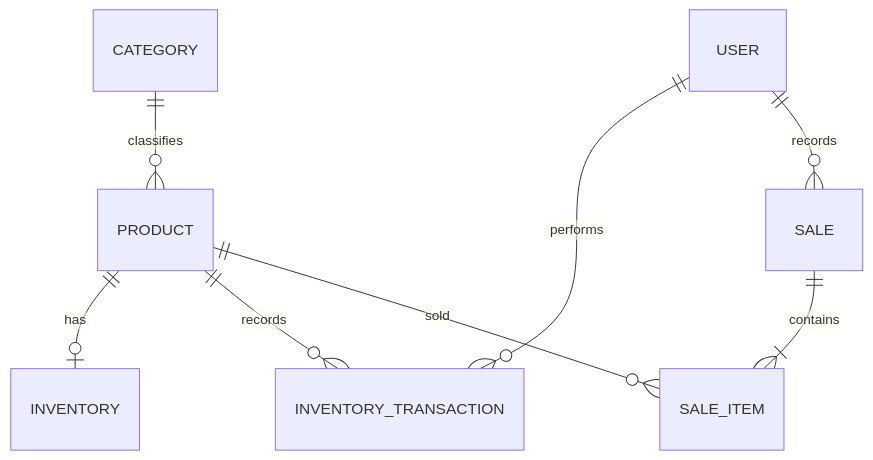
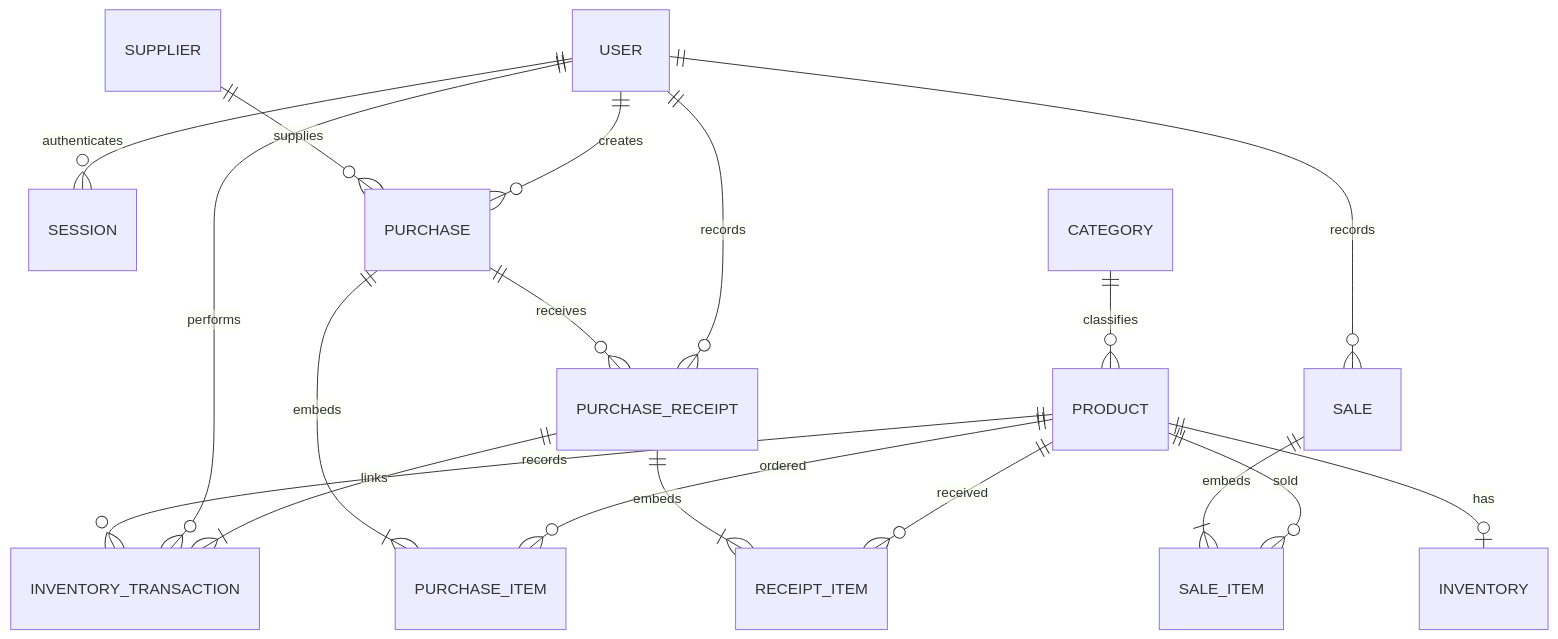
One commit to AtharvMitt/Electronics-Store-Management changed the diagram in docs/database.md. Above: the diagram before and after it, drawn with Mermaid. The commit also changed other lines of this file and 36 other files, not shown here.

````diff
--- a/docs/database.md
+++ b/docs/database.md
@@ -21,10 +21,20 @@
 ```mermaid
 erDiagram
+    USER ||--o{ SESSION : authenticates
     CATEGORY ||--o{ PRODUCT : classifies
     PRODUCT ||--o| INVENTORY : has
     PRODUCT ||--o{ INVENTORY_TRANSACTION : records
     USER ||--o{ INVENTORY_TRANSACTION : performs
+    SUPPLIER ||--o{ PURCHASE : supplies
+    USER ||--o{ PURCHASE : creates
+    PURCHASE ||--|{ PURCHASE_ITEM : embeds
+    PRODUCT ||--o{ PURCHASE_ITEM : ordered
+    PURCHASE ||--o{ PURCHASE_RECEIPT : receives
+    USER ||--o{ PURCHASE_RECEIPT : records
+    PURCHASE_RECEIPT ||--|{ RECEIPT_ITEM : embeds
+    PRODUCT ||--o{ RECEIPT_ITEM : received
+    PURCHASE_RECEIPT ||--|{ INVENTORY_TRANSACTION : links
     USER ||--o{ SALE : records
-    SALE ||--|{ SALE_ITEM : contains
+    SALE ||--|{ SALE_ITEM : embeds
     PRODUCT ||--o{ SALE_ITEM : sold
 ```
````
